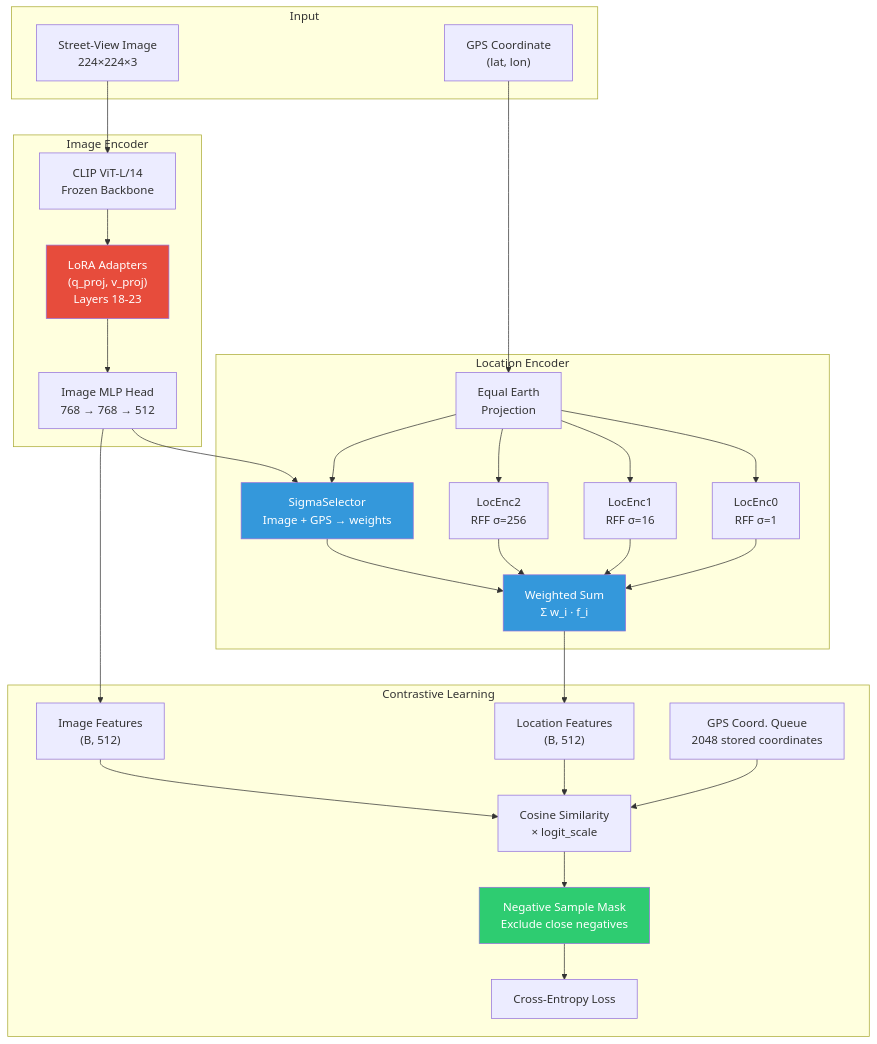
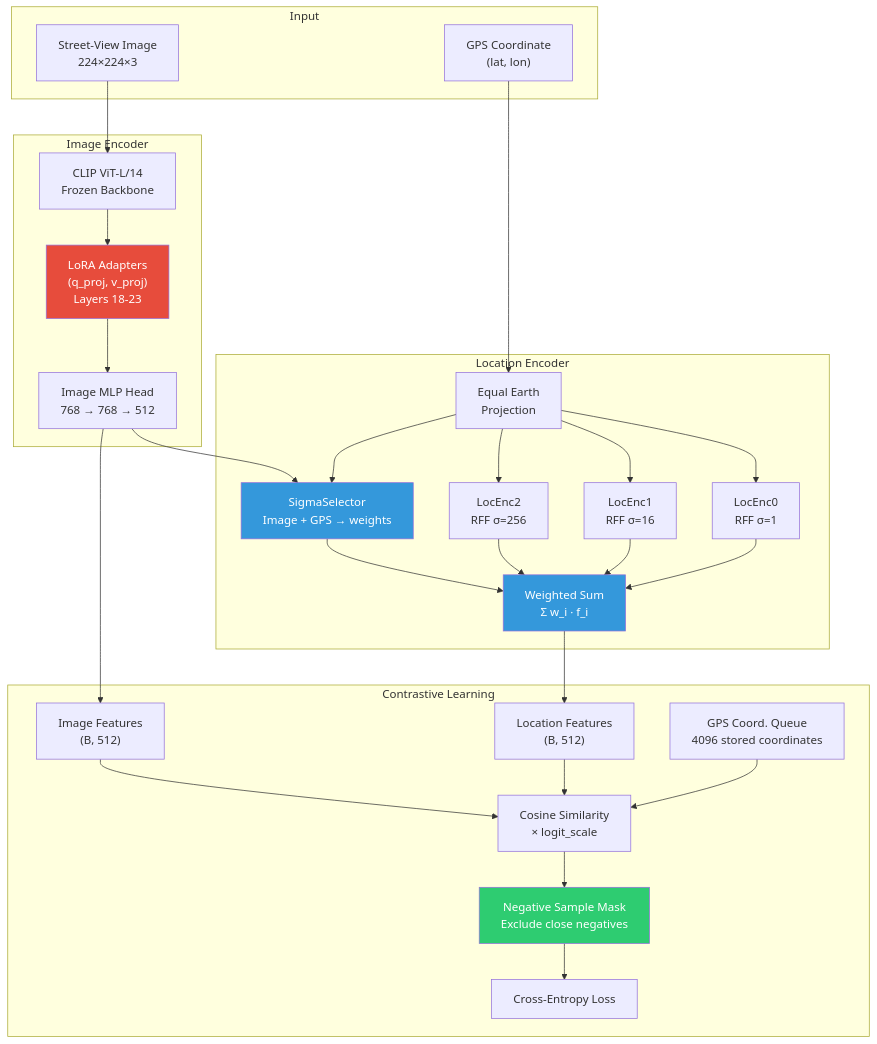
Before and after one commit to Vitalrubbish/GeoTX: the first of 3 diagrams in README.md, drawn with Mermaid. The commit also changed other lines of this file and 4 other files, not shown here.

````diff
--- a/README.md
+++ b/README.md
@@ -23,58 +23,58 @@
 ```mermaid
 graph TB
     subgraph Input
         IMG["Street-View Image<br/>224×224×3"]
         GPS["GPS Coordinate<br/>(lat, lon)"]
     end
 
     subgraph ImageEncoder ["Image Encoder"]
         VIT["CLIP ViT-L/14<br/>Frozen Backbone"]
         LORA["LoRA Adapters<br/>(q_proj, v_proj)<br/>Layers 18-23"]
         MLP["Image MLP Head<br/>768 → 768 → 512"]
         VIT --> LORA
         LORA --> MLP
         IMG --> VIT
     end
 
     subgraph LocationEncoder ["Location Encoder"]
         EE["Equal Earth<br/>Projection"]
         RFF0["LocEnc0<br/>RFF σ=1"]
         RFF1["LocEnc1<br/>RFF σ=16"]
         RFF2["LocEnc2<br/>RFF σ=256"]
         SS["SigmaSelector<br/>Image + GPS → weights"]
         FUSION["Weighted Sum<br/>Σ w_i · f_i"]
 
         GPS --> EE
         EE --> RFF0
         EE --> RFF1
         EE --> RFF2
         EE --> SS
         MLP --> SS
         RFF0 --> FUSION
         RFF1 --> FUSION
         RFF2 --> FUSION
         SS --> FUSION
     end
 
     subgraph Contrastive ["Contrastive Learning"]
         I_FEAT["Image Features<br/>(B, 512)"]
         L_FEAT["Location Features<br/>(B, 512)"]
         SIM["Cosine Similarity<br/>× logit_scale"]
-        QUEUE["GPS Coord. Queue<br/>2048 stored coordinates"]
+        QUEUE["GPS Coord. Queue<br/>4096 stored coordinates"]
         MASK["Negative Sample Mask<br/>Exclude close negatives"]
         LOSS["Cross-Entropy Loss"]
 
         MLP --> I_FEAT
         FUSION --> L_FEAT
         I_FEAT --> SIM
         L_FEAT --> SIM
         QUEUE --> SIM
         SIM --> MASK
         MASK --> LOSS
     end
 
     style LORA fill:#e74c3c,color:#fff
     style SS fill:#3498db,color:#fff
     style MASK fill:#2ecc71,color:#fff
     style FUSION fill:#3498db,color:#fff
 ```
````
